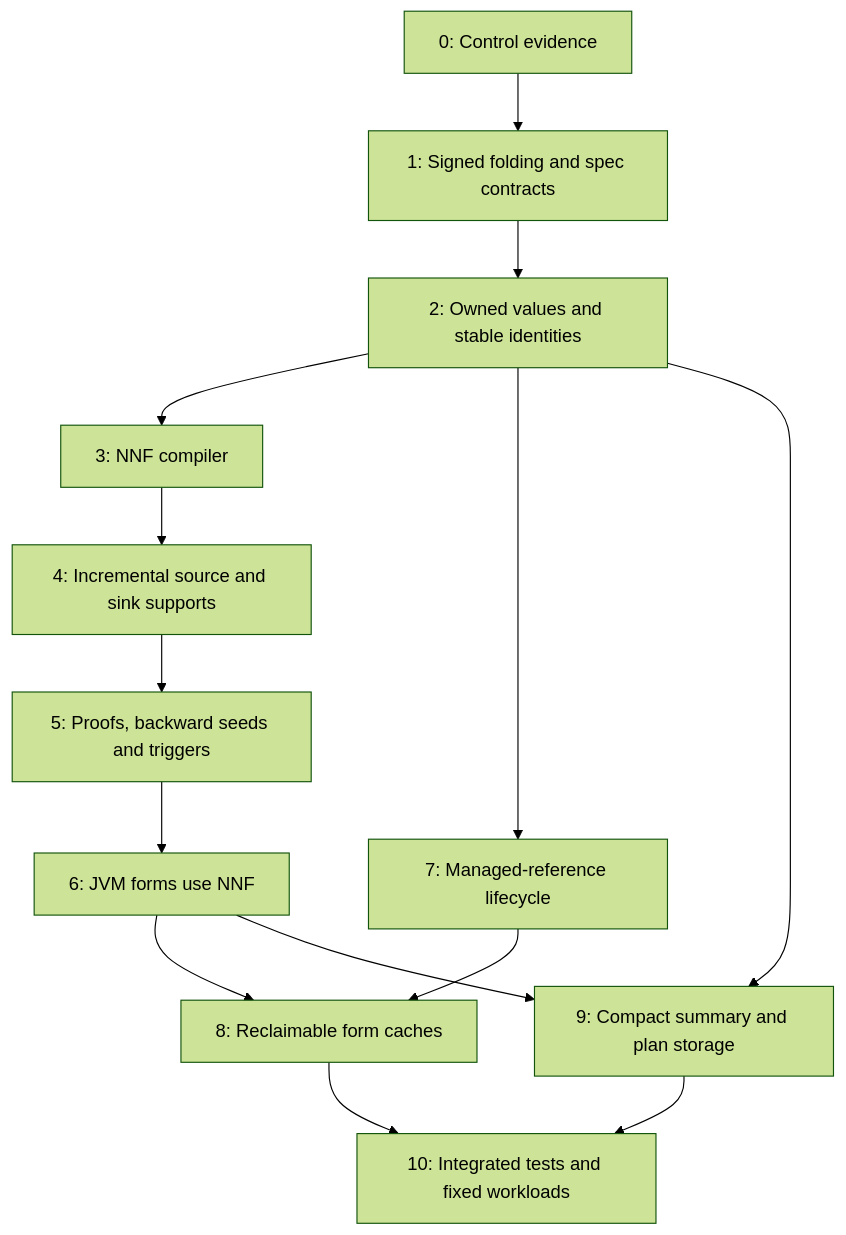
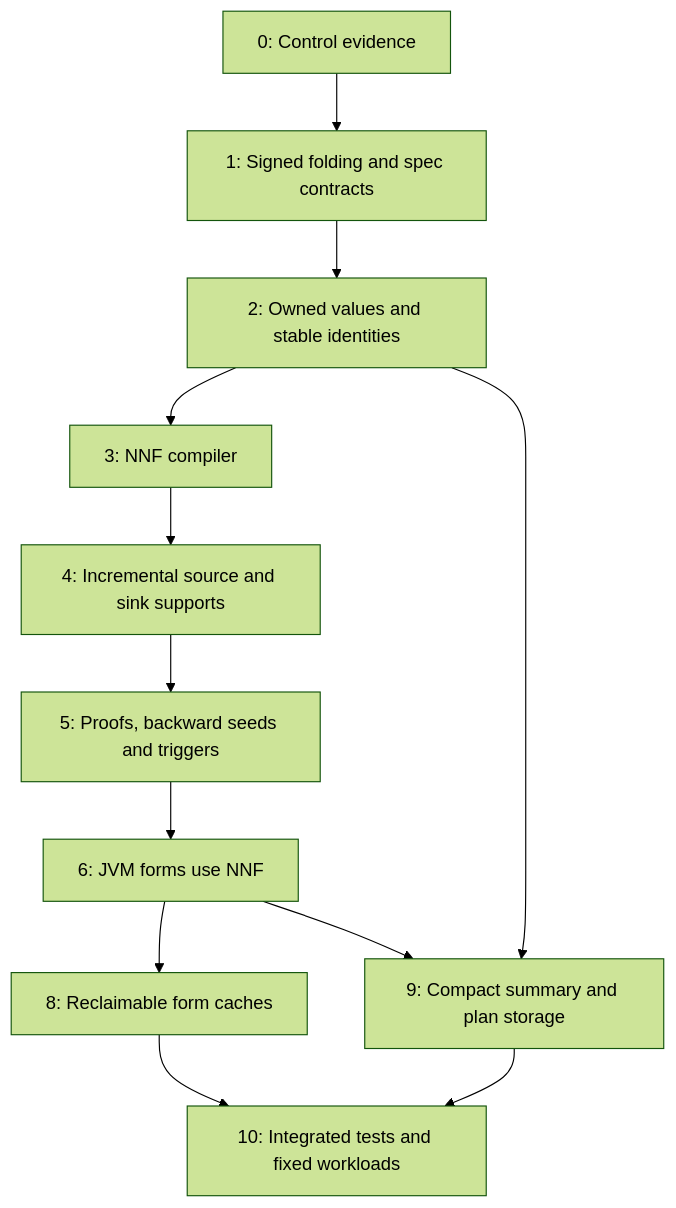
Before and after one commit to seqra/opentaint: the diagram in docs/design/bidirectional-o1-o3-implementation-plan.md, drawn with Mermaid (forest theme). The commit also changed other lines of this file and 16 other files, not shown here.

````diff
--- a/docs/design/bidirectional-o1-o3-implementation-plan.md
+++ b/docs/design/bidirectional-o1-o3-implementation-plan.md
@@ -9,16 +13,14 @@
 ```mermaid
 flowchart TD
     C0[0: Control evidence] --> C1[1: Signed folding and spec contracts]
     C1 --> C2[2: Owned values and stable identities]
     C2 --> C3[3: NNF compiler]
     C3 --> C4[4: Incremental source and sink supports]
     C4 --> C5[5: Proofs, backward seeds and triggers]
     C5 --> C6[6: JVM forms use NNF]
-    C2 --> C7[7: Managed-reference lifecycle]
     C6 --> C8[8: Reclaimable form caches]
-    C7 --> C8
     C2 --> C9[9: Compact summary and plan storage]
     C6 --> C9
     C8 --> C10[10: Integrated tests and fixed workloads]
     C9 --> C10
 ```
````
